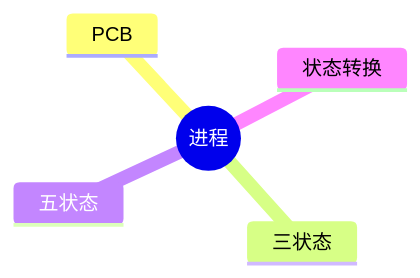
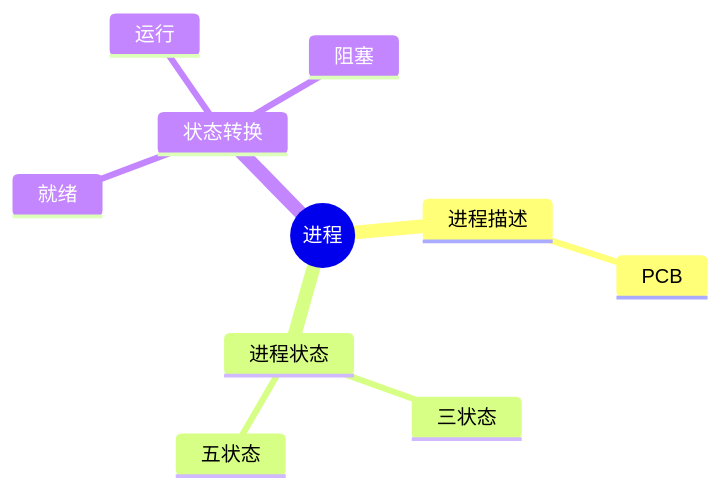
The first of 2 diagrams in docs/ruankao/system-architect/chapters/chapter-02/03-process-state.md (skylonely/sgao-website), drawn with Mermaid before and after one commit. The commit also changed other lines of this file and 39 other files, not shown here.

Commit message:
fix: Mermaid 思维导图

````diff
--- a/docs/ruankao/system-architect/chapters/chapter-02/03-process-state.md
+++ b/docs/ruankao/system-architect/chapters/chapter-02/03-process-state.md
@@ -34,8 +34,13 @@
 ```mermaid
 mindmap
   root((进程))
-    PCB
-    三状态
-    五状态
+    进程描述
+      PCB
+    进程状态
+      三状态
+      五状态
     状态转换
+      就绪
+      运行
+      阻塞
 ```
````
